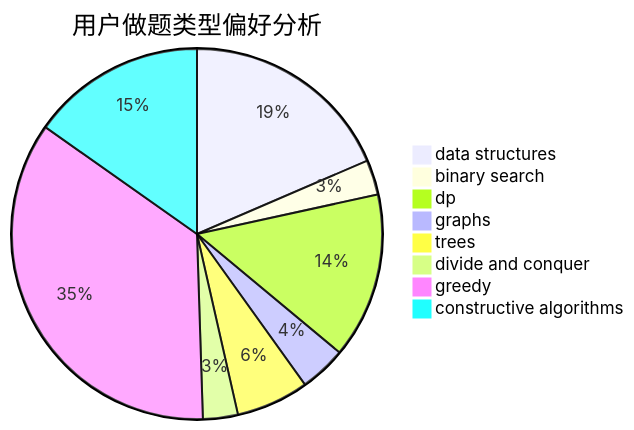
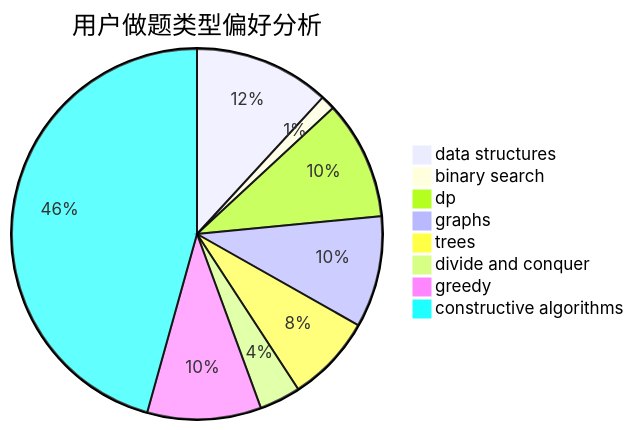
One commit to sherpahu/cfrs.github.io changed the second of 3 diagrams in docs/user/u929.md. Above: the diagram before and after it, drawn with Mermaid. The commit also changed other lines of this file and 2770 other files, not shown here.

````diff
--- a/docs/user/u929.md
+++ b/docs/user/u929.md
@@ -23,11 +23,11 @@
 ```mermaid
 pie title 用户做题类型偏好分析
-    "data structures" :  73
-    "binary search" :  12
-    "dp" :  57
-    "graphs" :  16
-    "trees" :  25
-    "divide and conquer" :  12
-    "greedy" :  139
-    "constructive algorithms" :  60
+    "data structures" :  56
+    "binary search" :  6
+    "dp" :  49
+    "graphs" :  46
+    "trees" :  36
+    "divide and conquer" :  17
+    "greedy" :  47
+    "constructive algorithms" :  216
 ```
````
